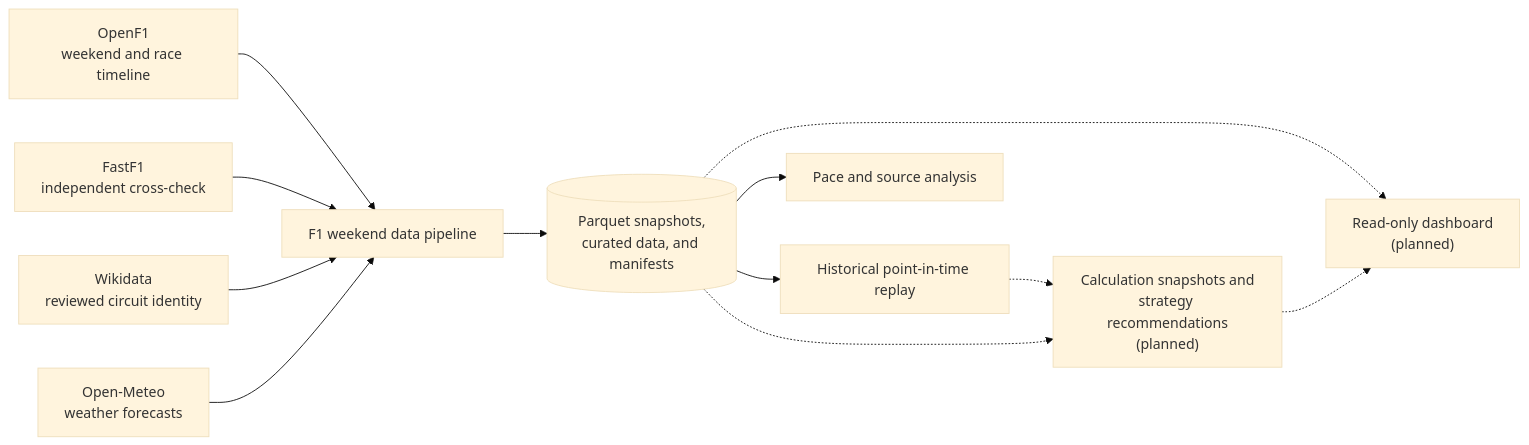
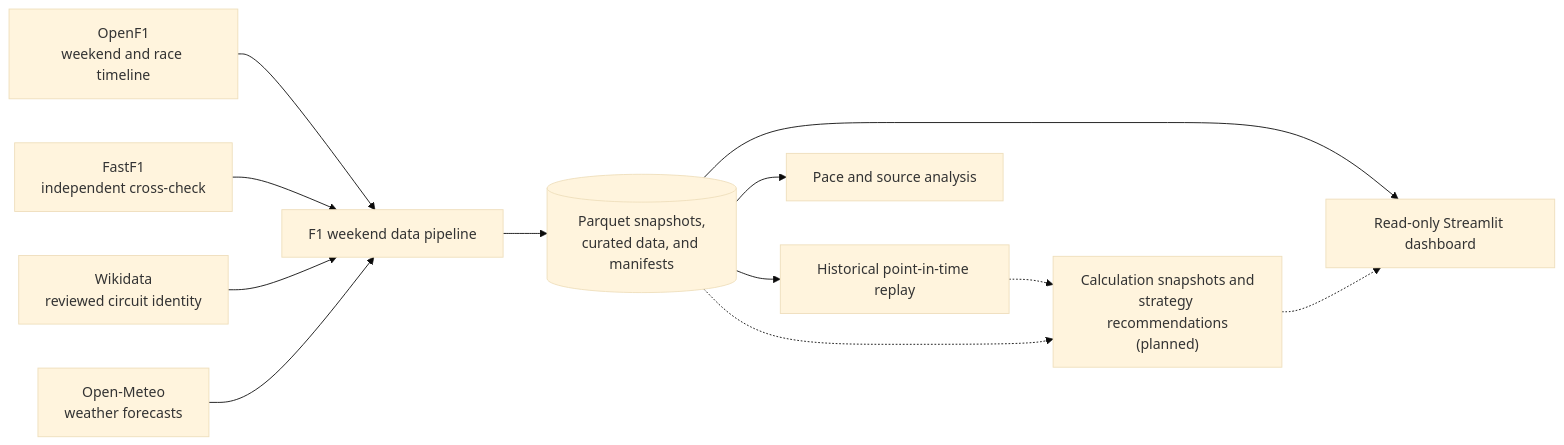
One commit to vvleo23/f1-strat changed the first of 5 diagrams in README.md. Above: the diagram before and after it, drawn with Mermaid (base theme). The commit also changed other lines of this file and 24 other files, not shown here.

````diff
--- a/README.md
+++ b/README.md
@@ -17,26 +17,26 @@
 ```mermaid
 flowchart LR
     OpenF1[OpenF1<br/>weekend and race timeline]
     FastF1[FastF1<br/>independent cross-check]
     Wikidata[Wikidata<br/>reviewed circuit identity]
     OpenMeteo[Open-Meteo<br/>weather forecasts]
 
     Pipeline[F1 weekend data pipeline]
     Store[(Parquet snapshots,<br/>curated data, and manifests)]
     Replay[Historical point-in-time replay]
     Analysis[Pace and source analysis]
     Calculations["Calculation snapshots and<br/>strategy recommendations<br/>(planned)"]
-    UI["Read-only dashboard<br/>(planned)"]
+    UI["Read-only Streamlit dashboard"]
 
     OpenF1 --> Pipeline
     FastF1 --> Pipeline
     Wikidata --> Pipeline
     OpenMeteo --> Pipeline
     Pipeline --> Store
     Store --> Replay
     Store --> Analysis
     Replay -.-> Calculations
     Store -.-> Calculations
-    Store -.-> UI
+    Store --> UI
     Calculations -.-> UI
 ```
````
